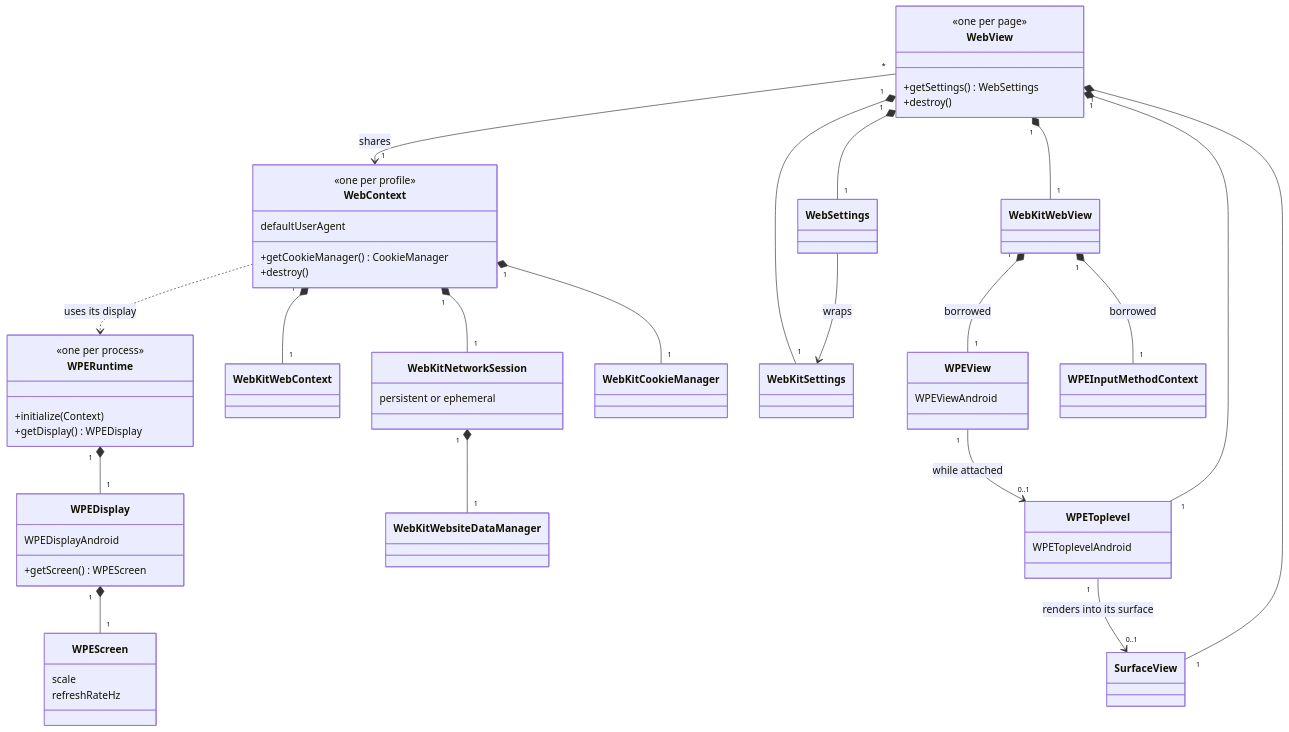
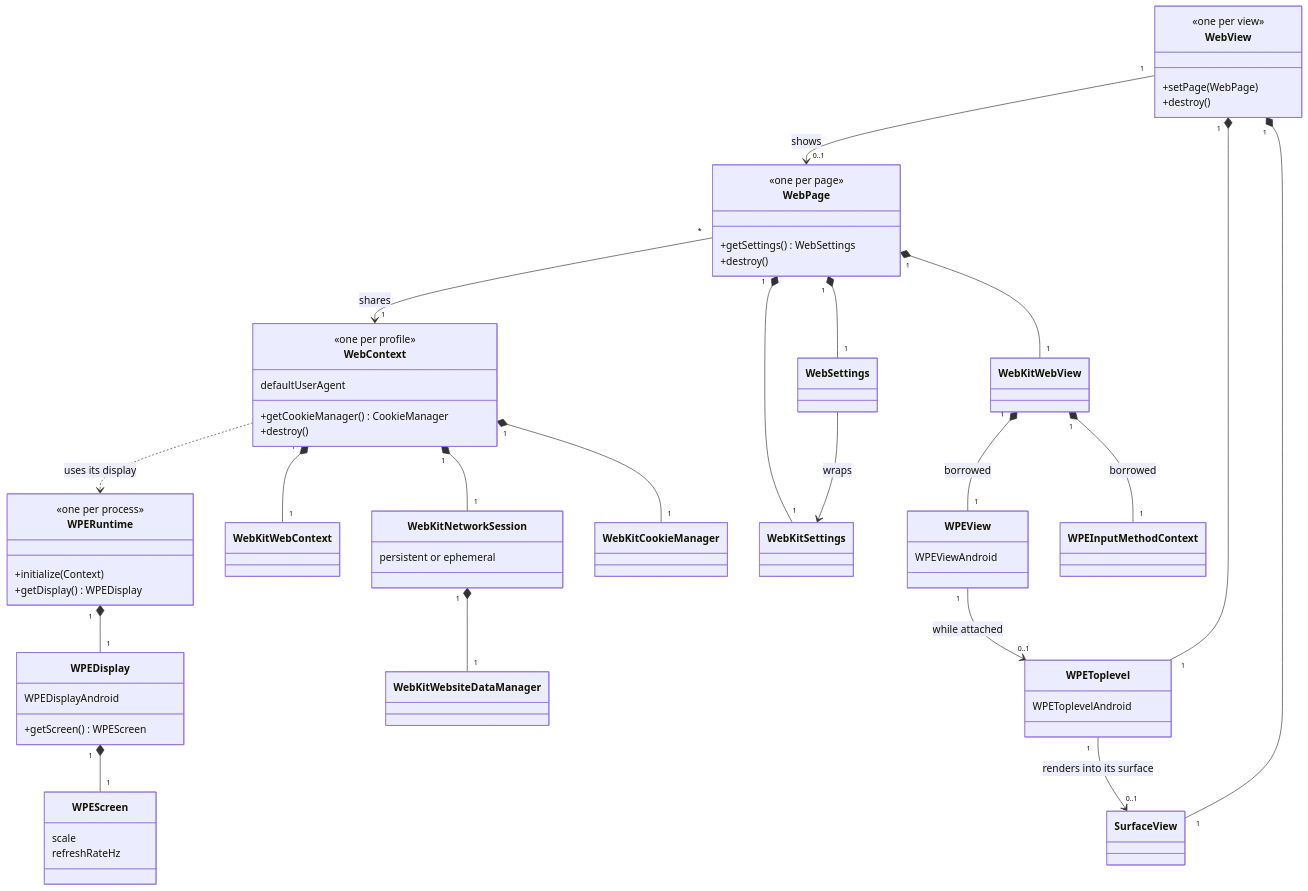
Before and after one commit to Igalia/wpe-android: the first of 3 diagrams in docs/architecture.md, drawn with Mermaid. The commit also changed other lines of this file and 20 other files, not shown here.

First line of the commit message:
wpeview: Let a WebView show pages that the app owns

````diff
--- a/docs/architecture.md
+++ b/docs/architecture.md
@@ -216,64 +240,70 @@
 ```mermaid
 classDiagram
     direction TB
     class WPERuntime {
         <<one per process>>
         +initialize(Context)
         +getDisplay() WPEDisplay
     }
     class WPEDisplay {
         WPEDisplayAndroid
         +getScreen() WPEScreen
     }
     class WPEScreen {
         scale
         refreshRateHz
     }
     class WebContext {
         <<one per profile>>
         defaultUserAgent
         +getCookieManager() CookieManager
         +destroy()
     }
     class WebKitWebContext
     class WebKitNetworkSession {
         persistent or ephemeral
     }
     class WebKitCookieManager
     class WebKitWebsiteDataManager
-    class WebView {
+    class WebPage {
         <<one per page>>
         +getSettings() WebSettings
+        +destroy()
+    }
+    class WebView {
+        <<one per view>>
+        +setPage(WebPage)
         +destroy()
     }
     class WebSettings
     class WebKitSettings
     class WebKitWebView
     class WPEView {
         WPEViewAndroid
     }
     class WPEInputMethodContext
     class WPEToplevel {
         WPEToplevelAndroid
     }
     class SurfaceView
 
     WPERuntime "1" *-- "1" WPEDisplay
     WPEDisplay "1" *-- "1" WPEScreen
     WebContext ..> WPERuntime : uses its display
     WebContext "1" *-- "1" WebKitWebContext
     WebContext "1" *-- "1" WebKitNetworkSession
     WebContext "1" *-- "1" WebKitCookieManager
     WebKitNetworkSession "1" *-- "1" WebKitWebsiteDataManager
-    WebView "*" --> "1" WebContext : shares
-    WebView "1" *-- "1" WebKitSettings
-    WebView "1" *-- "1" WebSettings
+    WebPage "*" --> "1" WebContext : shares
+    WebPage "1" *-- "1" WebKitSettings
+    WebPage "1" *-- "1" WebSettings
     WebSettings --> WebKitSettings : wraps
-    WebView "1" *-- "1" WebKitWebView
+    WebPage "1" *-- "1" WebKitWebView
+    WebView "1" --> "0..1" WebPage : shows
     WebKitWebView "1" *-- "1" WPEView : borrowed
     WebKitWebView "1" *-- "1" WPEInputMethodContext : borrowed
     WebView "1" *-- "1" WPEToplevel
     WebView "1" *-- "1" SurfaceView
     WPEView "1" --> "0..1" WPEToplevel : while attached
     WPEToplevel "1" --> "0..1" SurfaceView : renders into its surface
 ```
````
